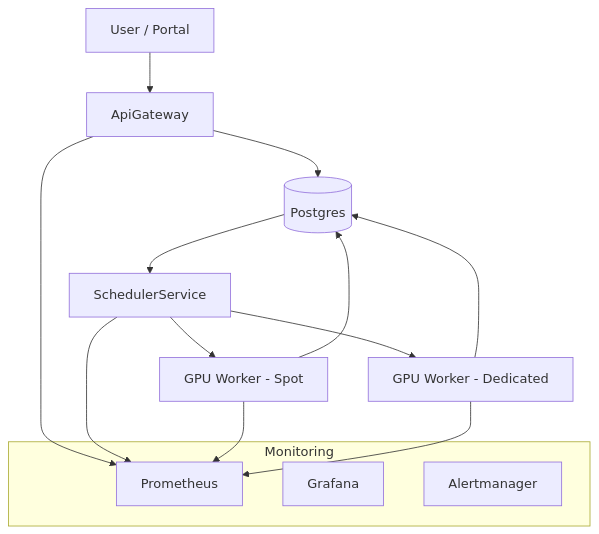
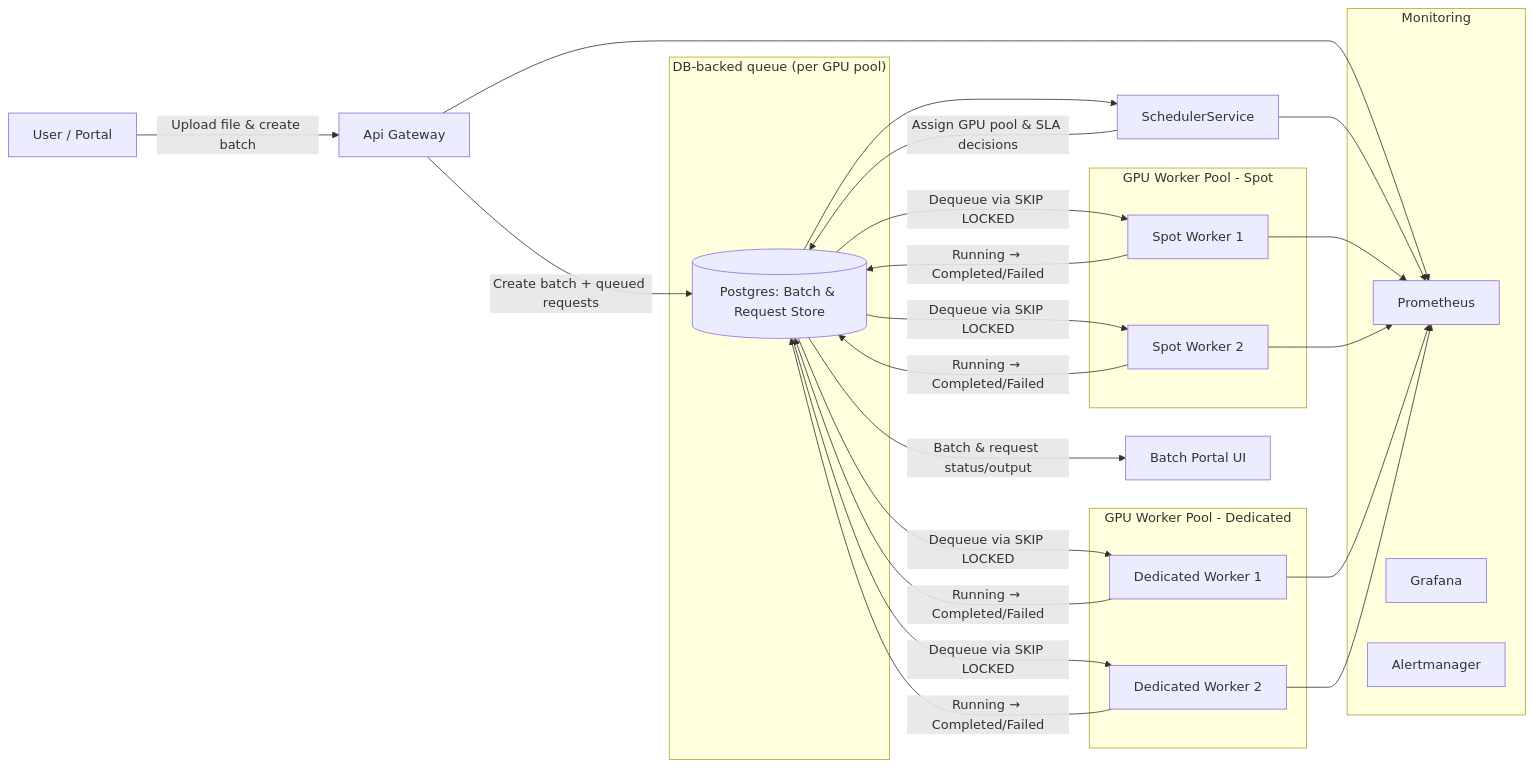
Before and after one commit to mmeshref/batch-inference-poc: the diagram in README.md, drawn with Mermaid. The commit also changed other lines of this file and 7 other files, not shown here.

Commit message:
Normalize request lifecycle and queue semantics

````diff
--- a/README.md
+++ b/README.md
@@ -235,19 +248,47 @@
 ```mermaid
-flowchart TD
-    A[User / Portal] --> B[ApiGateway]
-    B --> C[(Postgres)]
+flowchart LR
+    A[User / Portal] -->|Upload file & create batch| B[Api Gateway]
+    B -->|Create batch + queued requests| C[(Postgres: Batch & Request Store)]
+
+    subgraph Queue["DB-backed queue (per GPU pool)"]
+        C
+    end
+
     C --> D[SchedulerService]
-    D --> E[GPU Worker - Spot]
-    D --> F[GPU Worker - Dedicated]
-    E --> C
-    F --> C
+    D -->|Assign GPU pool & SLA decisions| C
+
+    subgraph SpotWorkers["GPU Worker Pool - Spot"]
+        E1[Spot Worker 1]
+        E2[Spot Worker 2]
+    end
+
+    subgraph DedicatedWorkers["GPU Worker Pool - Dedicated"]
+        F1[Dedicated Worker 1]
+        F2[Dedicated Worker 2]
+    end
+
+    C -->|Dequeue via SKIP LOCKED| E1
+    C -->|Dequeue via SKIP LOCKED| E2
+    C -->|Dequeue via SKIP LOCKED| F1
+    C -->|Dequeue via SKIP LOCKED| F2
+
+    E1 -->|Running → Completed/Failed| C
+    E2 -->|Running → Completed/Failed| C
+    F1 -->|Running → Completed/Failed| C
+    F2 -->|Running → Completed/Failed| C
+
+    C -->|Batch & request status/output| J[Batch Portal UI]
+
     subgraph Monitoring
-      G[Prometheus]
-      H[Grafana]
-      I[Alertmanager]
+        G[Prometheus]
+        H[Grafana]
+        I[Alertmanager]
     end
+
     B --> G
     D --> G
-    E --> G
-    F --> G
+    E1 --> G
+    E2 --> G
+    F1 --> G
+    F2 --> G
 ```
````
